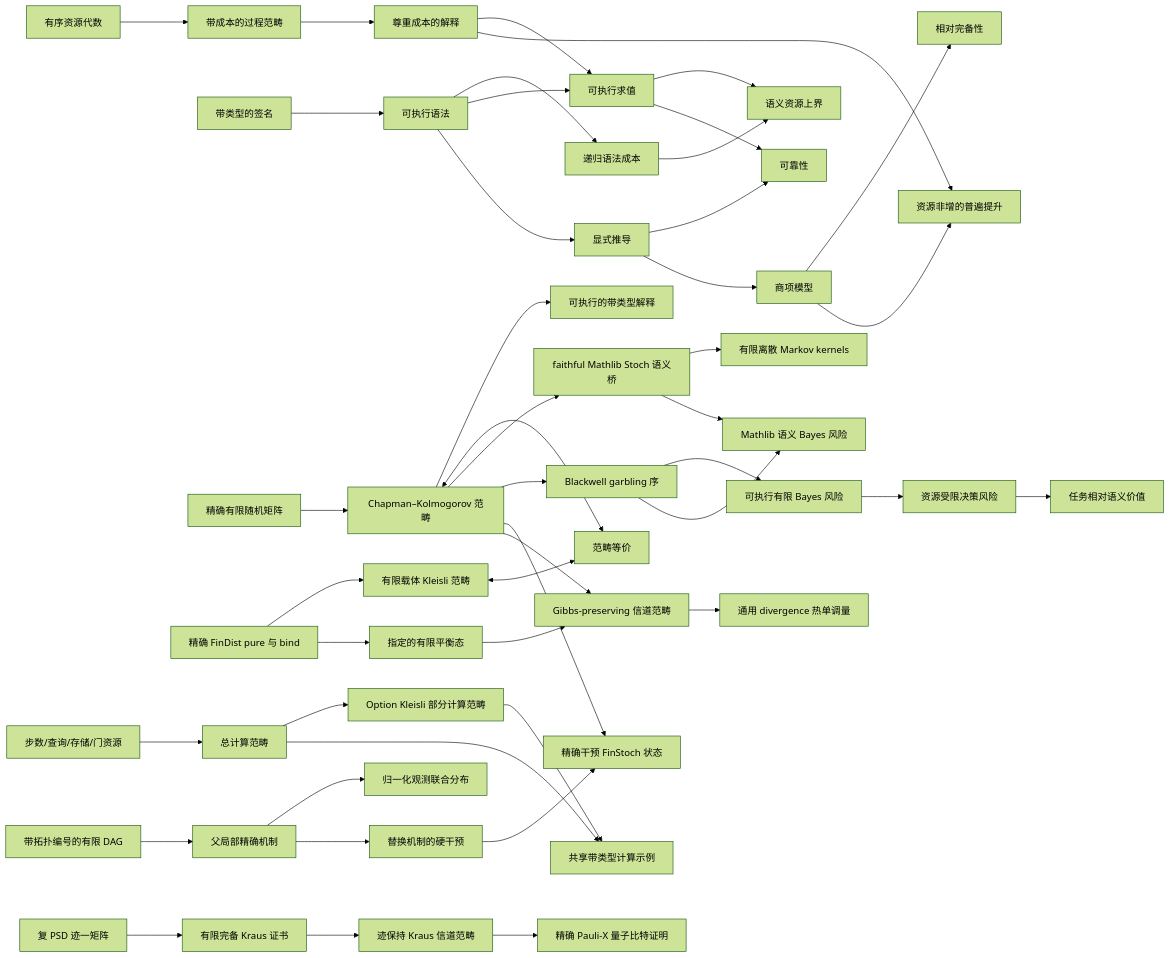
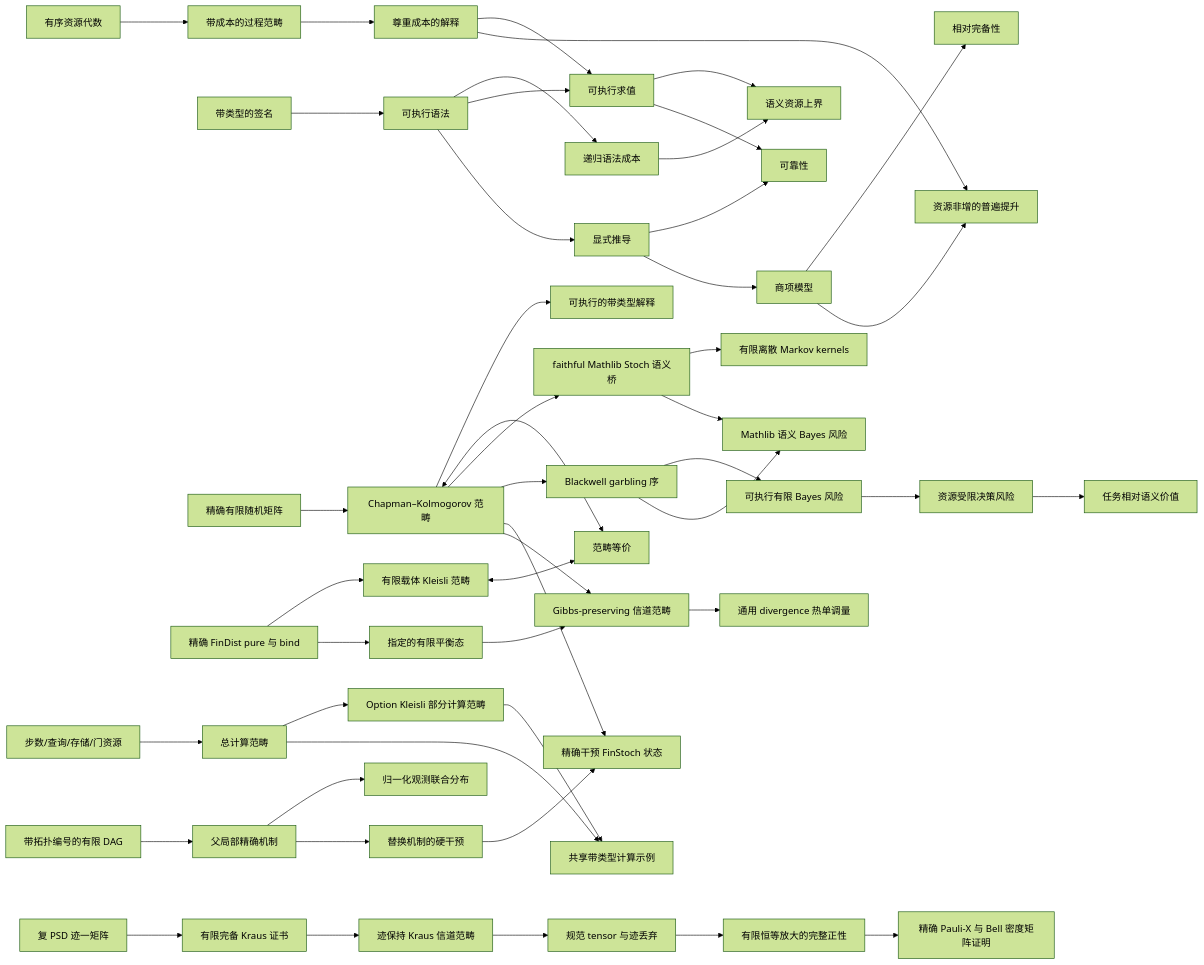
Before and after one commit to miuchan/ript: the diagram in docs/README.zh-CN.md, drawn with Mermaid (forest theme). The commit also changed other lines of this file and 11 other files, not shown here.

````diff
--- a/docs/README.zh-CN.md
+++ b/docs/README.zh-CN.md
@@ -436,47 +451,49 @@
 ```mermaid
 flowchart LR
   R["有序资源代数"] --> C["带成本的过程范畴"]
   S["带类型的签名"] --> X["可执行语法"]
   X --> K["递归语法成本"]
   C --> I["尊重成本的解释"]
   X --> E["可执行求值"]
   I --> E
   K --> B["语义资源上界"]
   E --> B
   X --> D["显式推导"]
   D --> SO["可靠性"]
   E --> SO
   D --> T["商项模型"]
   T --> CO["相对完备性"]
   I --> U["资源非增的普遍提升"]
   T --> U
   F["精确有限随机矩阵"] --> CK["Chapman–Kolmogorov 范畴"]
   CK --> EX["可执行的带类型解释"]
   FD["精确 FinDist pure 与 bind"] --> KL["有限载体 Kleisli 范畴"]
   CK <--> EQ["范畴等价"]
   KL <--> EQ
   CK --> ST["faithful Mathlib Stoch 语义桥"]
   ST --> MT["有限离散 Markov kernels"]
   CK --> BW["Blackwell garbling 序"]
   ST --> SB["Mathlib 语义 Bayes 风险"]
   BW --> FR["可执行有限 Bayes 风险"]
   FR --> RR["资源受限决策风险"]
   RR --> SV["任务相对语义价值"]
   BW --> SB
   CR["步数/查询/存储/门资源"] --> TC["总计算范畴"]
   TC --> PC["Option Kleisli 部分计算范畴"]
   TC --> CE["共享带类型计算示例"]
   PC --> CE
   DAG["带拓扑编号的有限 DAG"] --> CM["父局部精确机制"]
   CM --> OJ["归一化观测联合分布"]
   CM --> DO["替换机制的硬干预"]
   DO --> IS["精确干预 FinStoch 状态"]
   CK --> IS
   FD --> TE["指定的有限平衡态"]
   CK --> GP["Gibbs-preserving 信道范畴"]
   TE --> GP
   GP --> TM["通用 divergence 热单调量"]
   QB["复 PSD 迹一矩阵"] --> QK["有限完备 Kraus 证书"]
   QK --> QC["迹保持 Kraus 信道范畴"]
-  QC --> QX["精确 Pauli-X 量子比特证明"]
+  QC --> QT["规范 tensor 与迹丢弃"]
+  QT --> QP["有限恒等放大的完整正性"]
+  QP --> QX["精确 Pauli-X 与 Bell 密度矩阵证明"]
 ```
````
